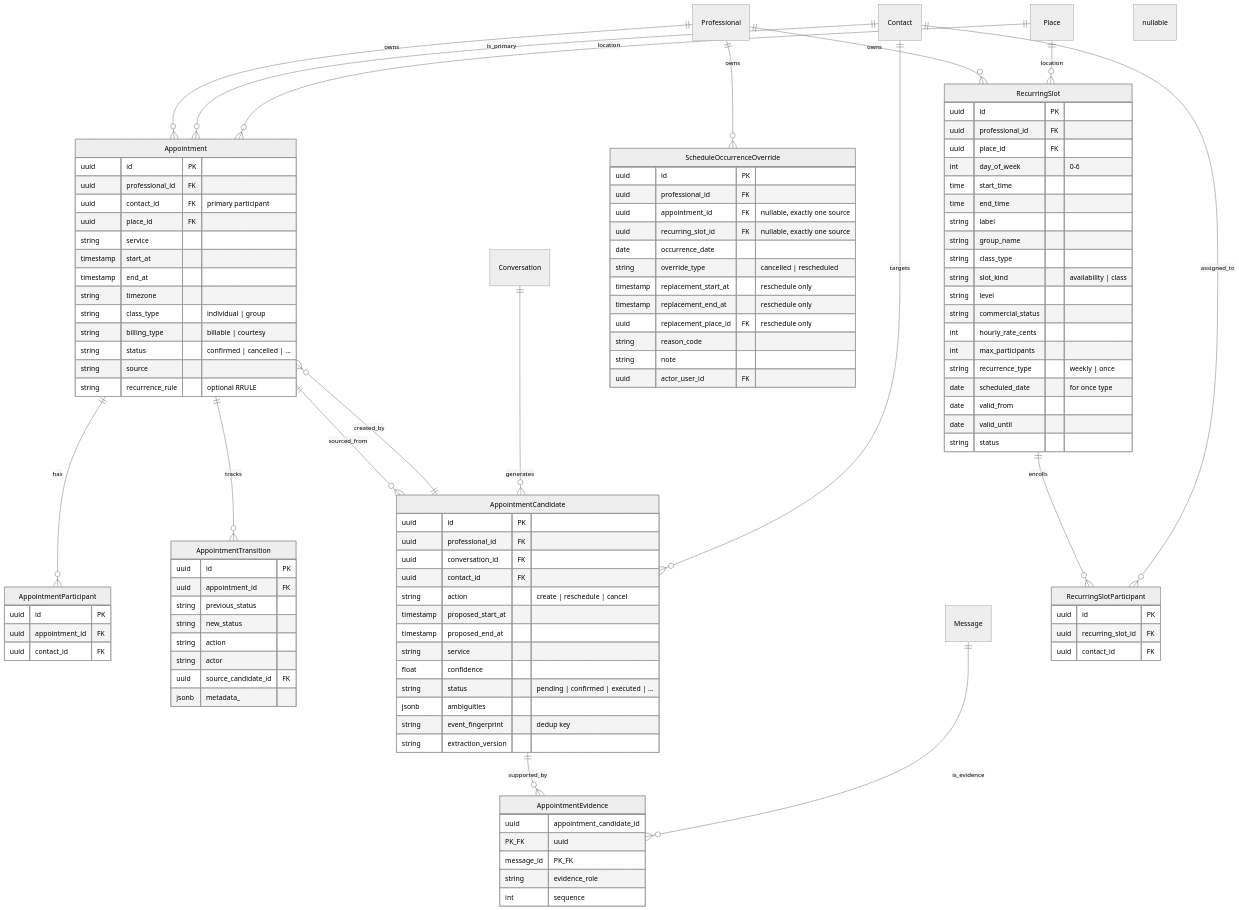
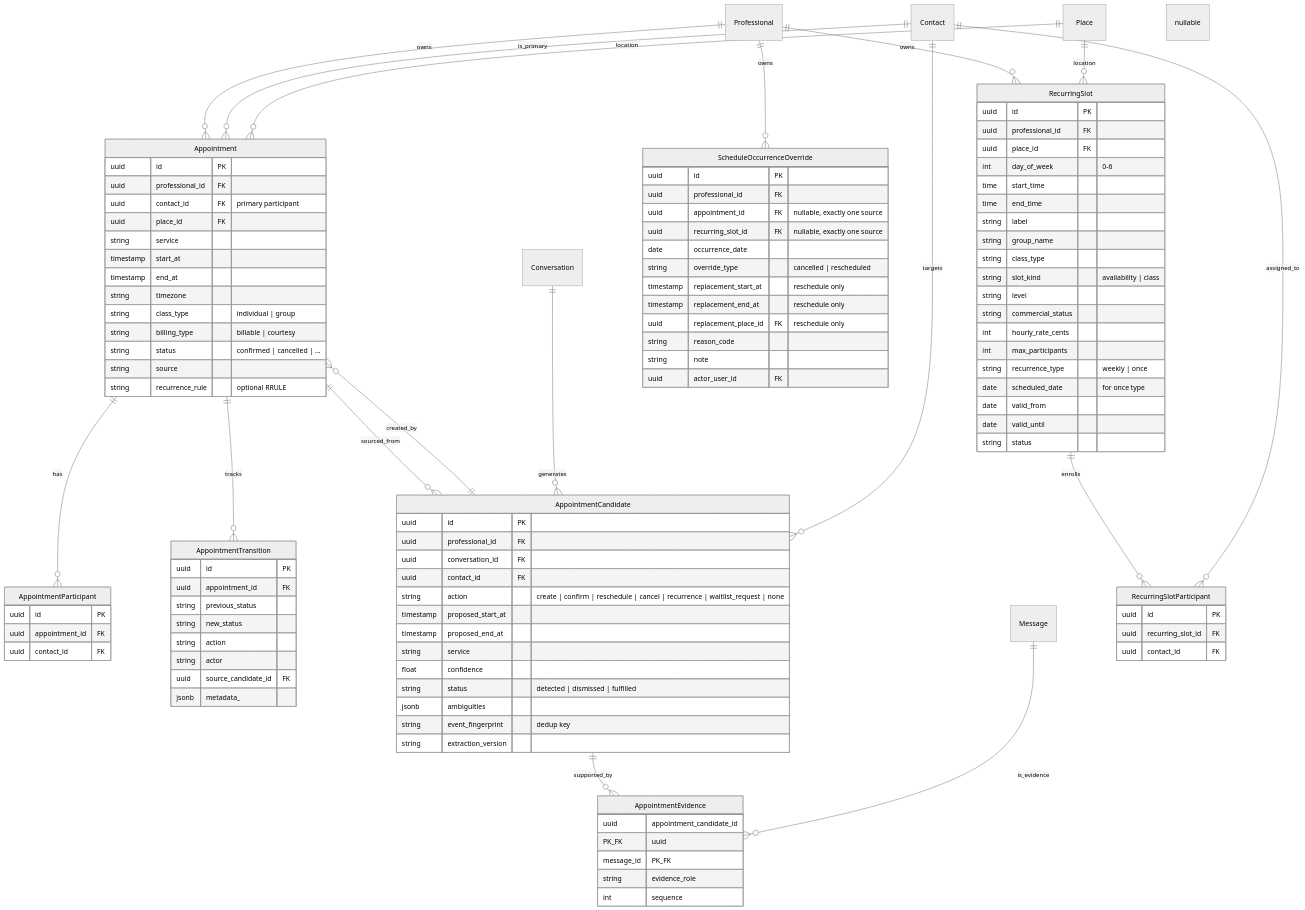
Before and after one commit to lasleandro/agenda_ai: the fourth of 10 diagrams in docs/data_architecture.md, drawn with Mermaid (neutral theme). The commit also changed other lines of this file and 135 other files, not shown here.

Commit message:
várias melhorias no simulador e na marcação de eventos na agenda e pré-implementação de docs/ROADMAPS/place_stays_and_schedule_overlay_roadmap_v0.1_2026-08-15.md

```diff
--- a/docs/data_architecture.md
+++ b/docs/data_architecture.md
@@ -217,12 +236,12 @@
     uuid professional_id FK
     uuid conversation_id FK
     uuid contact_id FK
-    string action "create | reschedule | cancel"
+    string action "create | confirm | reschedule | cancel | recurrence | waitlist_request | none"
     timestamp proposed_start_at
     timestamp proposed_end_at
     string service
     float confidence
-    string status "pending | confirmed | executed | ..."
+    string status "detected | dismissed | fulfilled"
     jsonb ambiguities
     string event_fingerprint "dedup key"
     string extraction_version
```
